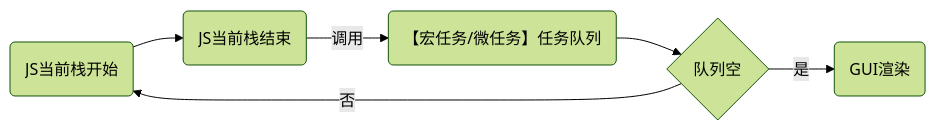
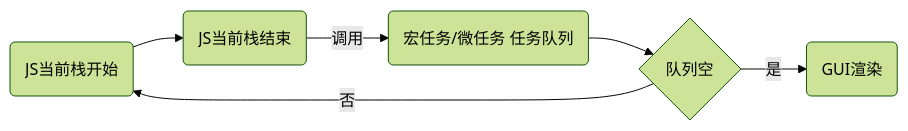
One commit to zheng-dev/zheng-dev.github.io changed the first of 2 diagrams in md/web.md. Above: the diagram before and after it, drawn with Mermaid (forest theme). The commit also changed 3 other files, not shown here.

````diff
--- a/md/web.md
+++ b/md/web.md
@@ -44,5 +44,5 @@
 ```mermaid
 graph LR
-js("JS当前栈开始")-->js_end("JS当前栈结束")--"调用"-->que("【宏任务/微任务】任务队列")-->que_c{"队列空"}--"是"-->g("GUI渲染")
-que_c--"否"-->js
+js("JS当前栈开始")-->js_end("JS当前栈结束")-->|调用|que("宏任务/微任务 任务队列")-->que_c{"队列空"}-->|是|g("GUI渲染")
+que_c-->|否|js
 ```
````
